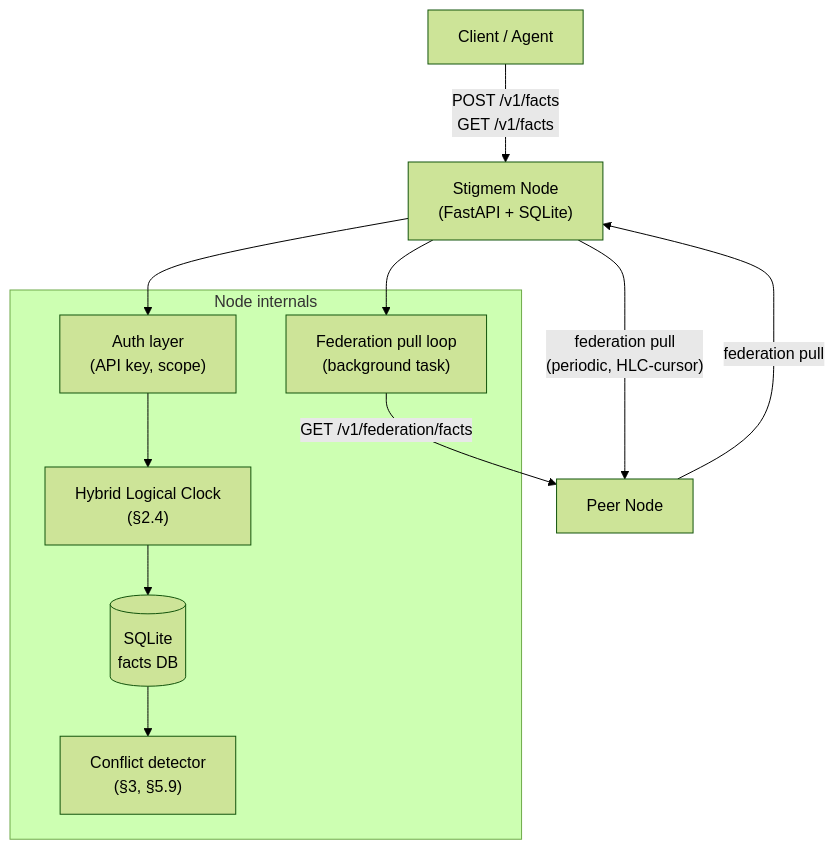
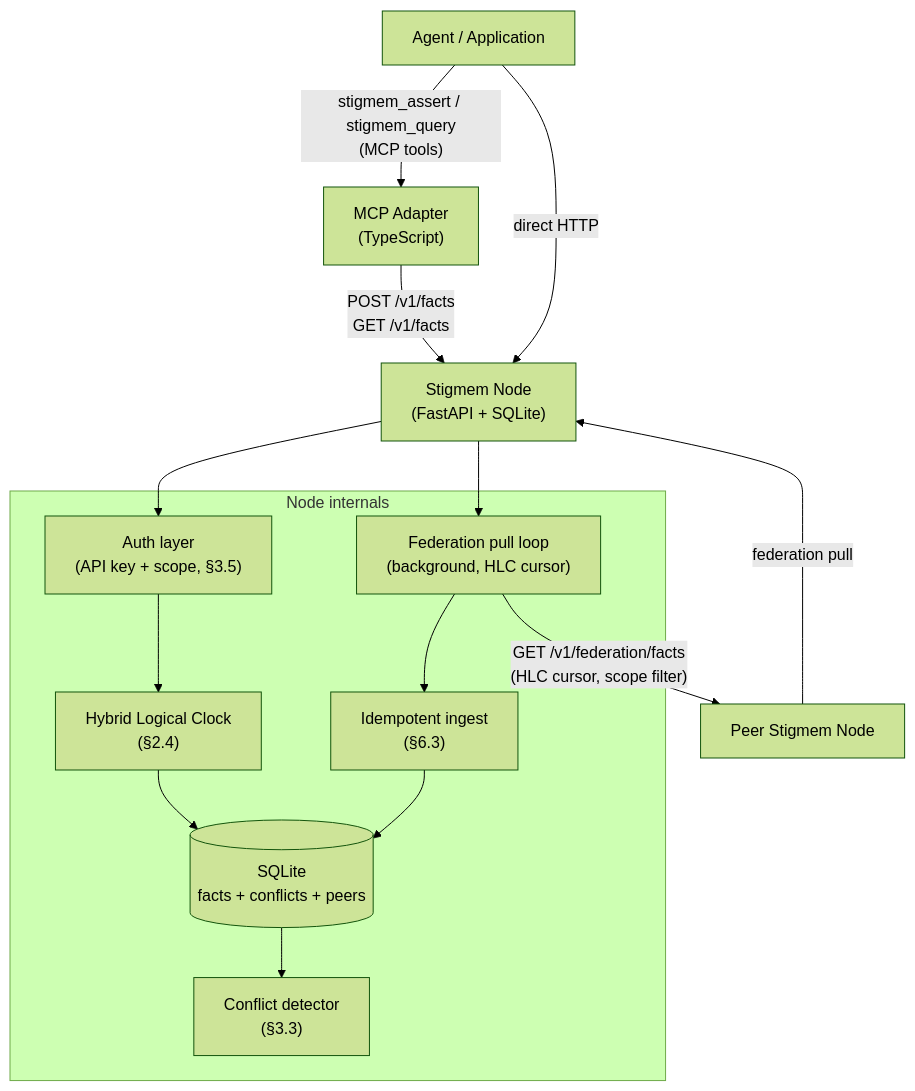
One commit to eidetic-labs/stigmem changed the diagram in stigmem/docs/docs/architecture/index.md. Above: the diagram before and after it, drawn with Mermaid (forest theme). The commit also changed other lines of this file and 5 other files, not shown here.

````diff
--- a/stigmem/docs/docs/architecture/index.md
+++ b/stigmem/docs/docs/architecture/index.md
@@ -13,25 +18,26 @@
 ```mermaid
 graph TB
-    Client["Client / Agent"]
+    Agent["Agent / Application"]
+    MCP["MCP Adapter\n(TypeScript)"]
     Node["Stigmem Node\n(FastAPI + SQLite)"]
-    Peer["Peer Node"]
+    Peer["Peer Stigmem Node"]
 
-    Client -- "POST /v1/facts\nGET /v1/facts" --> Node
-    Node -- "federation pull\n(periodic, HLC-cursor)" --> Peer
-    Peer -- "federation pull" --> Node
+    Agent -- "stigmem_assert / stigmem_query\n(MCP tools)" --> MCP
+    MCP -- "POST /v1/facts\nGET /v1/facts" --> Node
+    Agent -- "direct HTTP" --> Node
 
     subgraph internals["Node internals"]
-        Auth["Auth layer\n(API key, scope)"]
+        Auth["Auth layer\n(API key + scope, §3.5)"]
         HLC["Hybrid Logical Clock\n(§2.4)"]
-        DB[("SQLite\nfacts DB")]
-        Conflict["Conflict detector\n(§3, §5.9)"]
-        FedLoop["Federation pull loop\n(background task)"]
+        DB[("SQLite\nfacts + conflicts + peers")]
+        Conflict["Conflict detector\n(§3.3)"]
+        FedLoop["Federation pull loop\n(background, HLC cursor)"]
+        Ingest["Idempotent ingest\n(§6.3)"]
     end
 
-    Node --> Auth
-    Auth --> HLC
-    HLC --> DB
-    DB --> Conflict
+    Node --> Auth --> HLC --> DB --> Conflict
     Node --> FedLoop
-    FedLoop -- "GET /v1/federation/facts" --> Peer
+    FedLoop -- "GET /v1/federation/facts\n(HLC cursor, scope filter)" --> Peer
+    Peer -- "federation pull" --> Node
+    FedLoop --> Ingest --> DB
 ```
````
